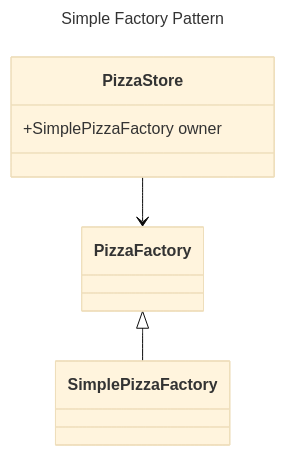
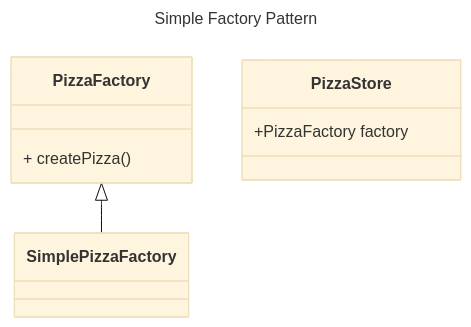
Before and after one commit to sovan92/LowLevelDesignDocuments: the first of 2 diagrams in FactoryPattern.md, drawn with Mermaid (base theme).

````diff
--- a/FactoryPattern.md
+++ b/FactoryPattern.md
@@ -5,18 +5,23 @@
 ```mermaid
 ---
 title: Simple Factory Pattern
 ---
 
 
 
 classDiagram
-    class PizzaStore
-    PizzaStore : +SimplePizzaFactory owner
-    PizzaStore --> PizzaFactory
-
-    class PizzaFactory
-
-    class SimplePizzaFactory
     PizzaFactory<|--SimplePizzaFactory
 
+    class PizzaStore {
+        +PizzaFactory factory
+    }
+    class PizzaFactory {
+        + createPizza()
+    }
+
+    class SimplePizzaFactory{
+
+    }
+    
+
 ```
````
